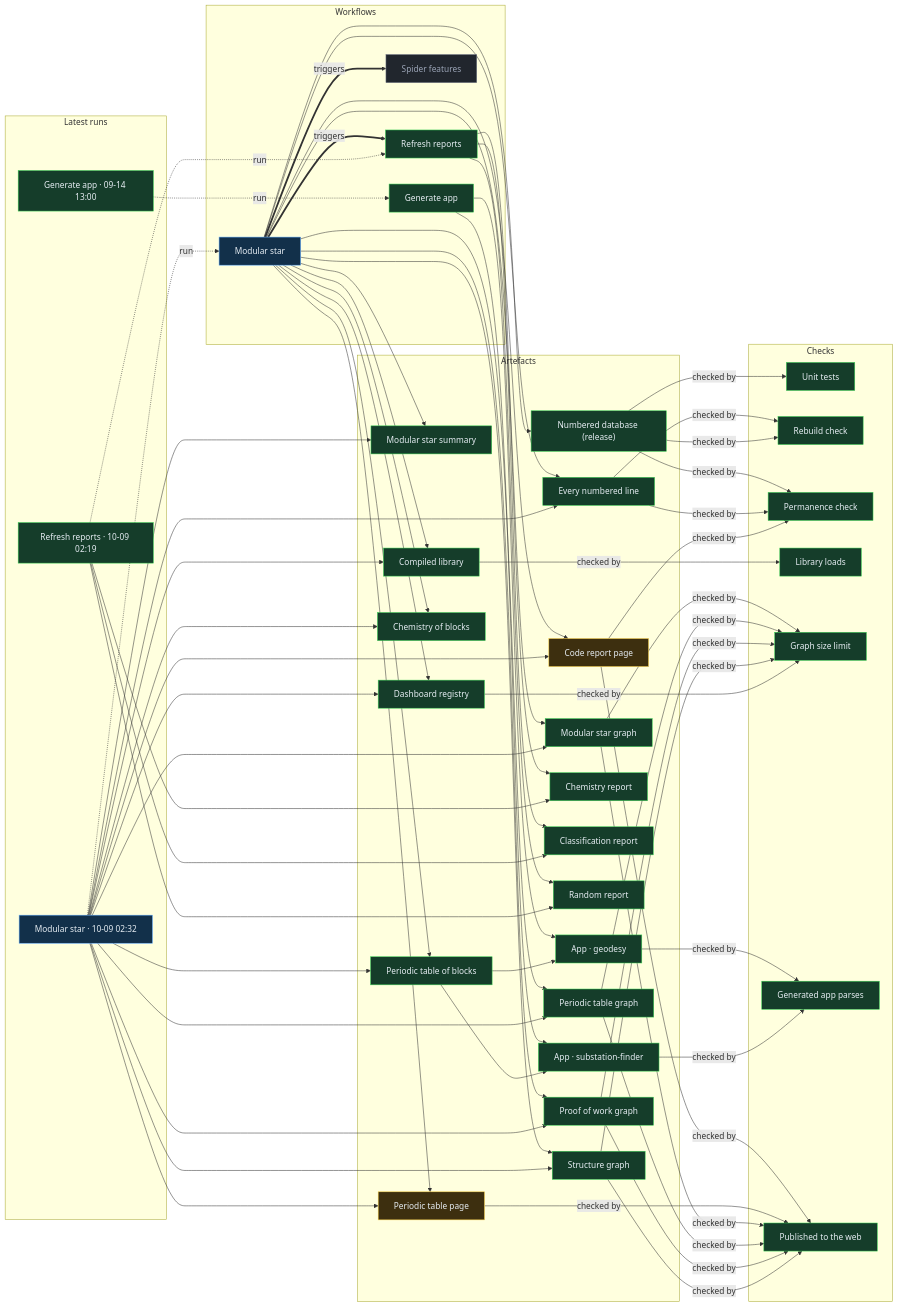
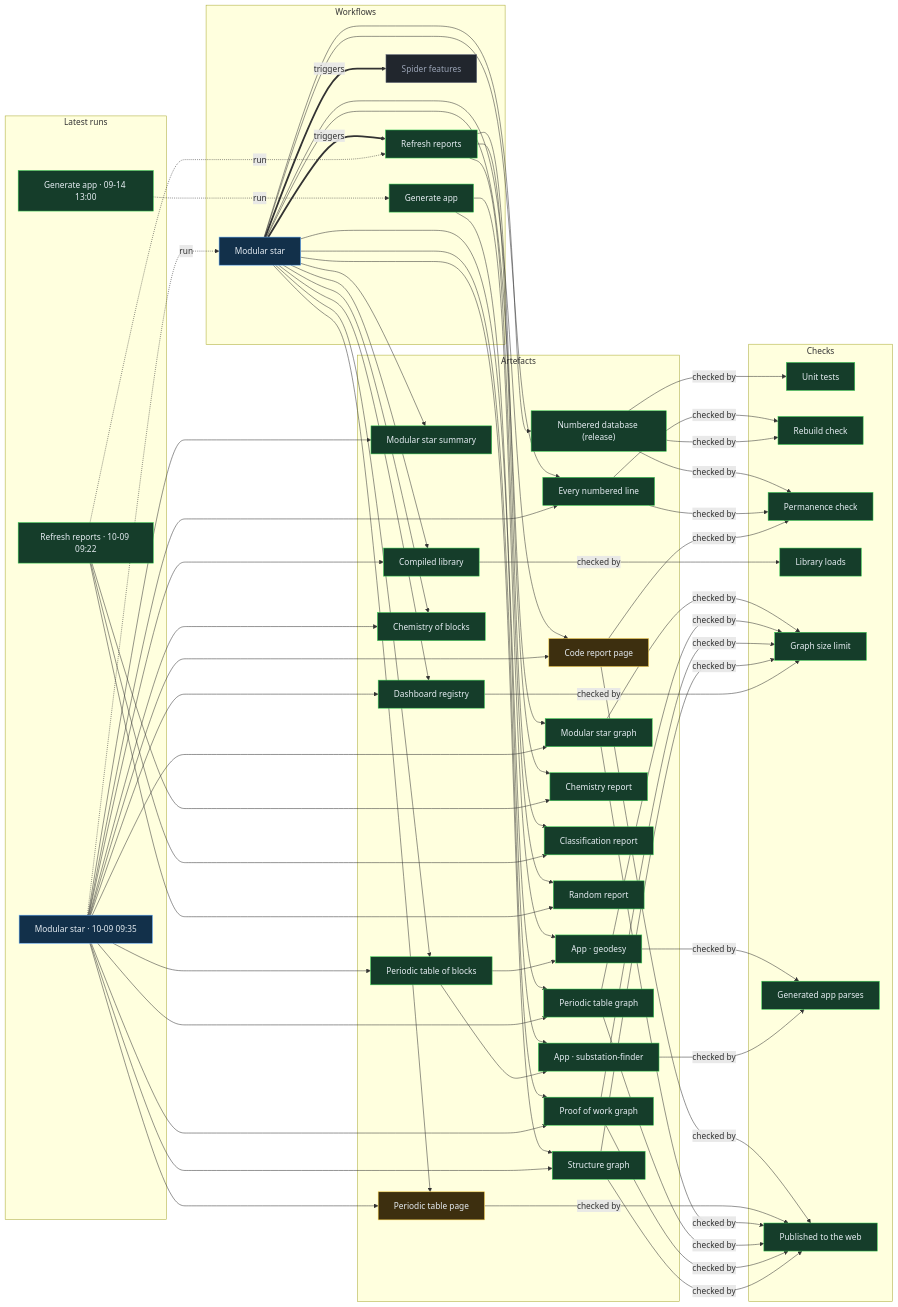
Before and after one commit to Ventusltd/stars: the diagram in proof/PROOF.md, drawn with Mermaid. The commit also changed other lines of this file and 45 other files, not shown here.

Commit message:
Modular star 2026-10-09T09:38Z

```diff
--- a/proof/PROOF.md
+++ b/proof/PROOF.md
@@ -24,8 +24,8 @@
   n_wf_spider_features["Spider features"]:::off
   end
   subgraph g_runs["Latest runs"]
-  n_run_37875033769["Modular star · 10-09 02:32"]:::live
-  n_run_37874011871["Refresh reports · 10-09 02:19"]:::ok
+  n_run_37912267194["Modular star · 10-09 09:35"]:::live
+  n_run_37910799680["Refresh reports · 10-09 09:22"]:::ok
   n_run_34846587798["Generate app · 09-14 13:00"]:::ok
   end
   subgraph g_artefacts["Artefacts"]
@@ -59,39 +59,39 @@
   end
   n_wf_modular_star == triggers ==> n_wf_refresh
   n_wf_modular_star == triggers ==> n_wf_spider_features
-  n_run_37875033769 -. run .-> n_wf_modular_star
-  n_run_37874011871 -. run .-> n_wf_refresh
+  n_run_37912267194 -. run .-> n_wf_modular_star
+  n_run_37910799680 -. run .-> n_wf_refresh
   n_run_34846587798 -. run .-> n_wf_generate
   n_wf_modular_star --> n_art_summary
-  n_run_37875033769 --> n_art_summary
+  n_run_37912267194 --> n_art_summary
   n_wf_modular_star --> n_art_lines
-  n_run_37875033769 --> n_art_lines
+  n_run_37912267194 --> n_art_lines
   n_wf_modular_star --> n_art_code
-  n_run_37875033769 --> n_art_code
+  n_run_37912267194 --> n_art_code
   n_wf_modular_star --> n_art_modular_graph
-  n_run_37875033769 --> n_art_modular_graph
+  n_run_37912267194 --> n_art_modular_graph
   n_wf_modular_star --> n_art_blocks
-  n_run_37875033769 --> n_art_blocks
+  n_run_37912267194 --> n_art_blocks
   n_wf_modular_star --> n_art_table
-  n_run_37875033769 --> n_art_table
+  n_run_37912267194 --> n_art_table
   n_wf_modular_star --> n_art_blocks_graph
-  n_run_37875033769 --> n_art_blocks_graph
+  n_run_37912267194 --> n_art_blocks_graph
   n_wf_modular_star --> n_art_reactions
-  n_run_37875033769 --> n_art_reactions
+  n_run_37912267194 --> n_art_reactions
   n_wf_modular_star --> n_art_library
-  n_run_37875033769 --> n_art_library
+  n_run_37912267194 --> n_art_library
   n_wf_modular_star --> n_art_features
-  n_run_37875033769 --> n_art_features
+  n_run_37912267194 --> n_art_features
   n_wf_modular_star --> n_art_proof
-  n_run_37875033769 --> n_art_proof
+  n_run_37912267194 --> n_art_proof
   n_wf_modular_star --> n_art_structure
-  n_run_37875033769 --> n_art_structure
+  n_run_37912267194 --> n_art_structure
   n_wf_refresh --> n_art_chemistry
-  n_run_37874011871 --> n_art_chemistry
+  n_run_37910799680 --> n_art_chemistry
   n_wf_refresh --> n_art_vedic
-  n_run_37874011871 --> n_art_vedic
+  n_run_37910799680 --> n_art_vedic
   n_wf_refresh --> n_art_random
-  n_run_37874011871 --> n_art_random
+  n_run_37910799680 --> n_art_random
   n_wf_modular_star --> n_art_release
   n_wf_generate --> n_app_geodesy
   n_art_blocks --> n_app_geodesy
```
